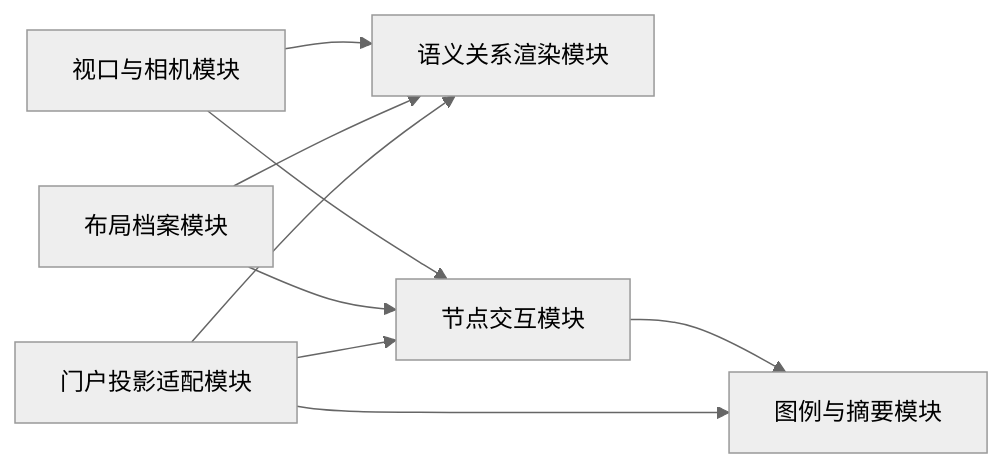
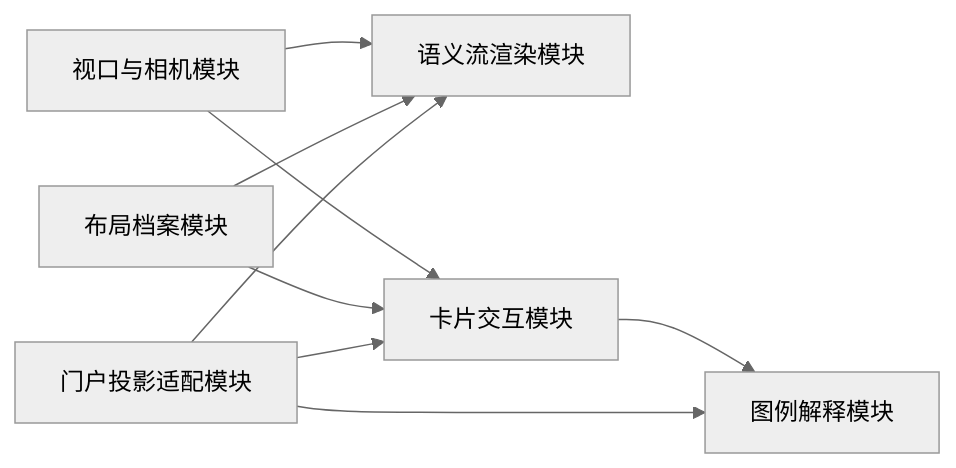
Before and after one commit to wgwtest/CodeFactoryV2: the second of 4 diagrams in DOC/CODEX_DOC/02_设计说明/P6_门户与平台入口/P6.1-首屏观察门户设计.md, drawn with Mermaid (neutral theme). The commit also changed other lines of this file and 94 other files, not shown here.

````diff
--- a/DOC/CODEX_DOC/02_设计说明/P6_门户与平台入口/P6.1-首屏观察门户设计.md
+++ b/DOC/CODEX_DOC/02_设计说明/P6_门户与平台入口/P6.1-首屏观察门户设计.md
@@ -397,11 +528,11 @@
 ```mermaid
 flowchart LR
-    A["门户投影适配模块"] --> C["语义关系渲染模块"]
-    A --> D["节点交互模块"]
+    A["门户投影适配模块"] --> C["语义流渲染模块"]
+    A --> D["卡片交互模块"]
     B["布局档案模块"] --> C
     B --> D
     E["视口与相机模块"] --> C
     E --> D
-    A --> F["图例与摘要模块"]
+    A --> F["图例解释模块"]
     D --> F
 ```
````
